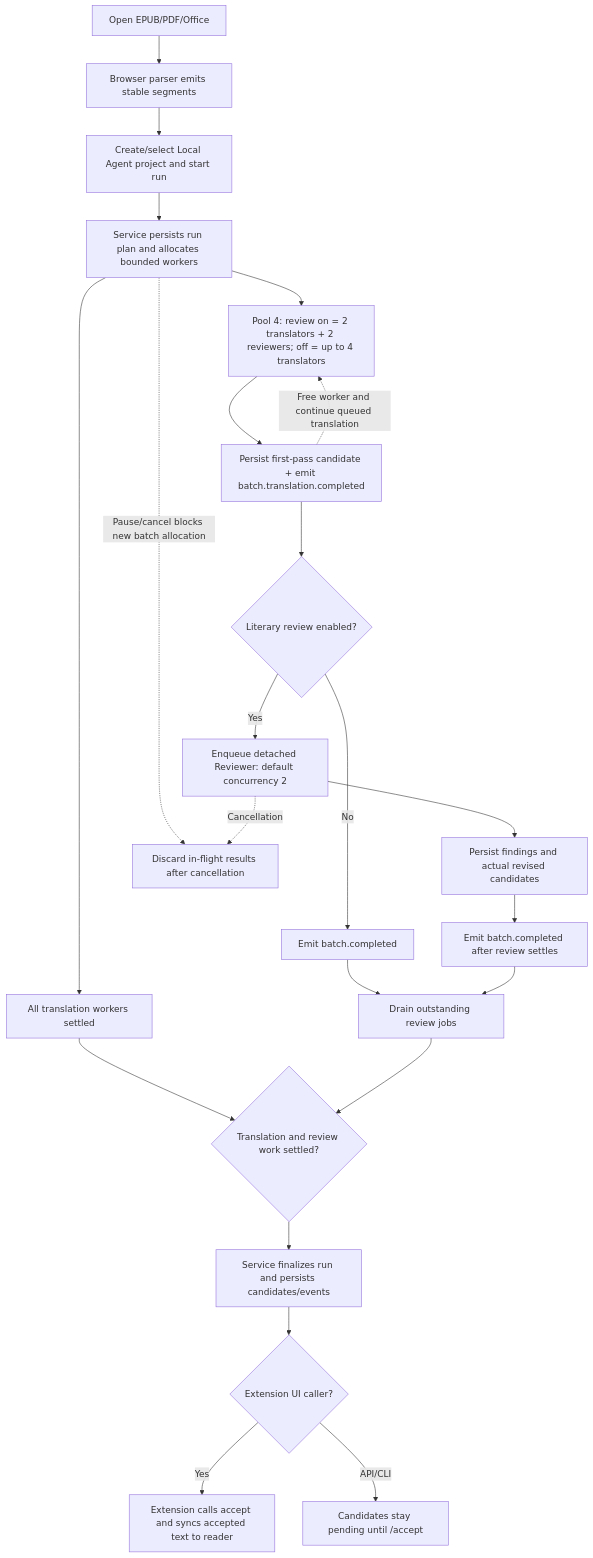
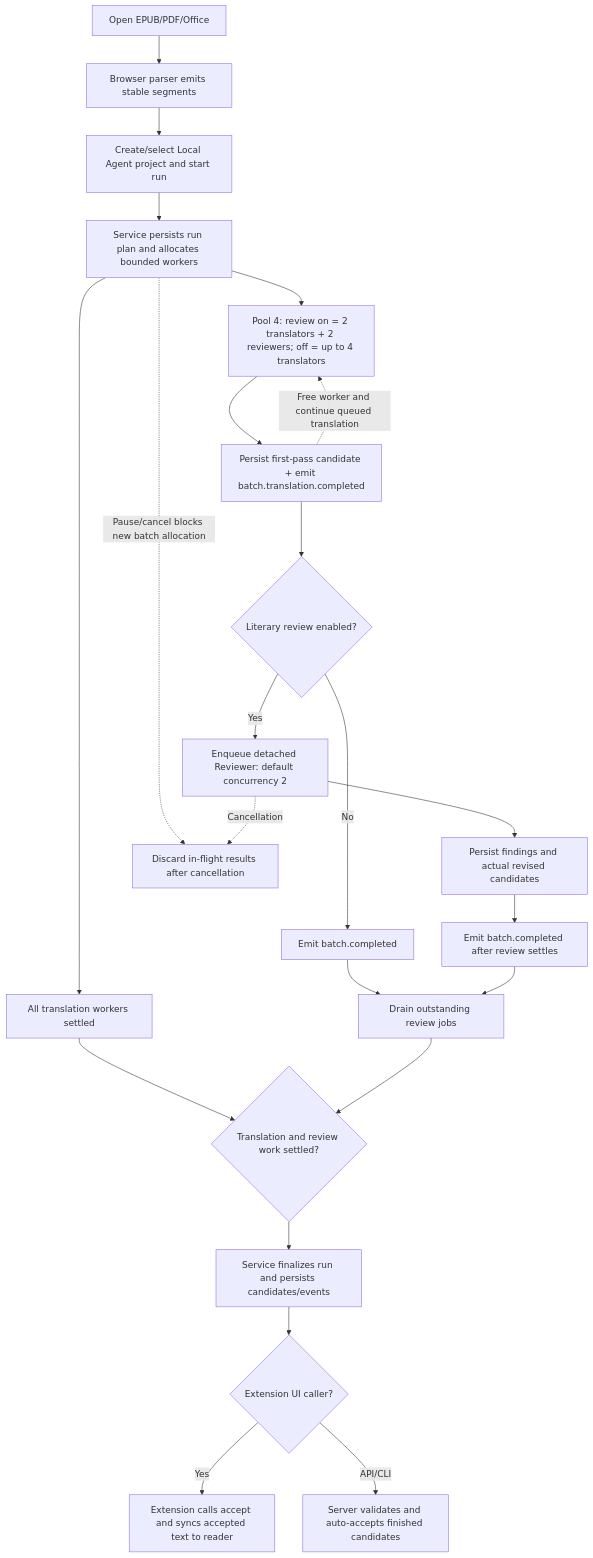
Before and after one commit to saga/fanyi-extension: the fifth of 5 diagrams in README.md, drawn with Mermaid.

Commit message:
Update extension run diagram for automatic acceptance across entry points

````diff
--- a/README.md
+++ b/README.md
@@ -317,25 +317,25 @@
 ```mermaid
 flowchart TD
     A[Open EPUB/PDF/Office] --> B[Browser parser emits stable segments]
     B --> C[Create/select Local Agent project and start run]
     C --> D[Service persists run plan and allocates bounded workers]
     D --> E[Pool 4: review on = 2 translators + 2 reviewers; off = up to 4 translators]
     E --> F[Persist first-pass candidate + emit batch.translation.completed]
     F --> G{Literary review enabled?}
     G -- No --> H[Emit batch.completed]
     G -- Yes --> I[Enqueue detached Reviewer: default concurrency 2]
     I --> J[Persist findings and actual revised candidates]
     J --> K[Emit batch.completed after review settles]
     F -. Free worker and continue queued translation .-> E
     D --> L[All translation workers settled]
     H --> M[Drain outstanding review jobs]
     K --> M
     L --> N{Translation and review work settled?}
     M --> N
     N --> O[Service finalizes run and persists candidates/events]
     O --> Q{Extension UI caller?}
     Q -- Yes --> R[Extension calls accept and syncs accepted text to reader]
-    Q -- API/CLI --> S[Candidates stay pending until /accept]
+    Q -- API/CLI --> T[Server validates and auto-accepts finished candidates]
     D -. Pause/cancel blocks new batch allocation .-> P[Discard in-flight results after cancellation]
     I -. Cancellation .-> P
 ```
````
